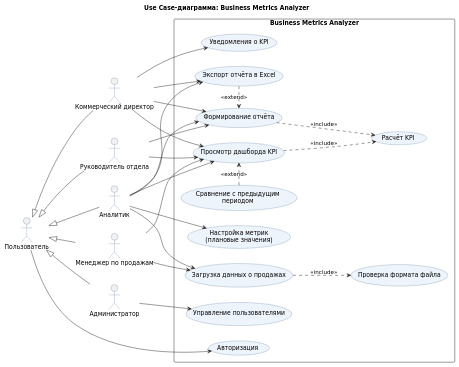
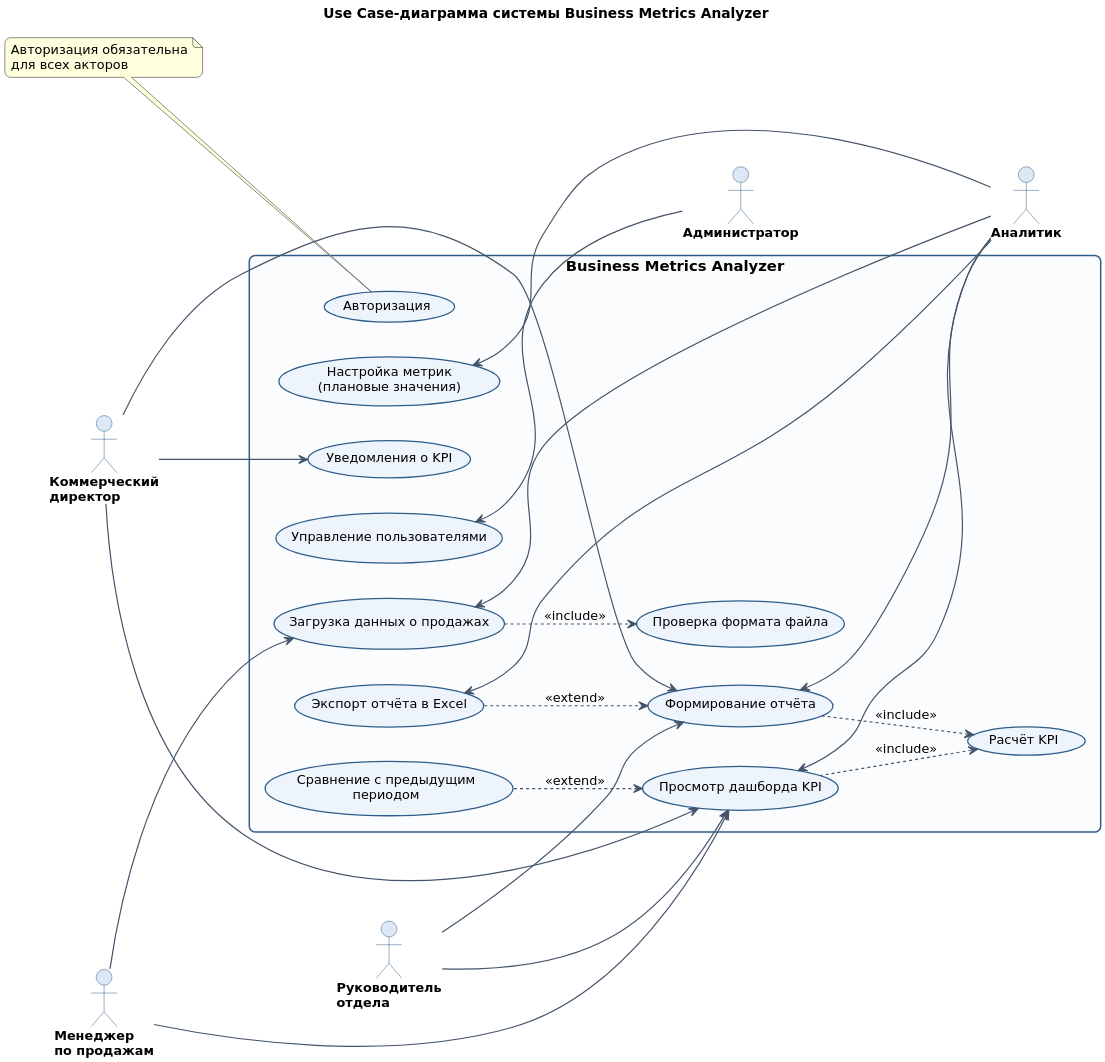
Before and after one commit to stanislaw584/business-metrics-analyzer: the diagram in docs/use_case_diagram.puml, drawn with PlantUML. The commit also changed 4 other files, not shown here.

Commit message:
Перерисована Use Case-диаграмма

```diff
--- a/docs/use_case_diagram.puml
+++ b/docs/use_case_diagram.puml
@@ -1,63 +1,74 @@
 @startuml
 left to right direction
+skinparam dpi 220
 skinparam defaultFontName "DejaVu Sans"
+skinparam defaultFontSize 13
 skinparam shadowing false
-skinparam packageStyle rectangle
+skinparam roundCorner 12
+skinparam ArrowColor #44546A
+skinparam ArrowThickness 1.2
+skinparam actor {
+  BorderColor #2F5D8A
+  BackgroundColor #DCE8F5
+  FontStyle bold
+}
 skinparam usecase {
   BackgroundColor #EEF4FB
   BorderColor #2F5D8A
+  BorderThickness 1.3
 }
-skinparam actorBorderColor #2F5D8A
+skinparam rectangle {
+  BorderColor #2F5D8A
+  BorderThickness 1.5
+  BackgroundColor #FBFCFE
+  FontStyle bold
+  FontSize 15
+}
 
-title Use Case-диаграмма: Business Metrics Analyzer
+title Use Case-диаграмма системы Business Metrics Analyzer
 
-actor "Пользователь" as U
-actor "Коммерческий директор" as CD
-actor "Руководитель отдела" as RO
-actor "Менеджер по продажам" as MP
+actor "Коммерческий\nдиректор" as CD
+actor "Руководитель\nотдела" as RO
+actor "Менеджер\nпо продажам" as MP
+
+rectangle "Business Metrics Analyzer" {
+  usecase "Уведомления о KPI" as UC8
+  usecase "Просмотр дашборда KPI" as UC1
+  usecase "Сравнение с предыдущим\nпериодом" as UC7
+  usecase "Расчёт KPI" as UCK
+  usecase "Формирование отчёта" as UC2
+  usecase "Экспорт отчёта в Excel" as UC4
+  usecase "Загрузка данных о продажах" as UC3
+  usecase "Проверка формата файла" as UCV
+  usecase "Настройка метрик\n(плановые значения)" as UC6
+  usecase "Управление пользователями" as UC5
+  usecase "Авторизация" as UC0
+}
+
 actor "Аналитик" as AN
 actor "Администратор" as AD
 
-U <|-- CD
-U <|-- RO
-U <|-- MP
-U <|-- AN
-U <|-- AD
-
-rectangle "Business Metrics Analyzer" {
-  usecase "Авторизация" as UC0
-  usecase "Просмотр дашборда KPI" as UC1
-  usecase "Сравнение с предыдущим\nпериодом" as UC7
-  usecase "Формирование отчёта" as UC2
-  usecase "Экспорт отчёта в Excel" as UC4
-  usecase "Расчёт KPI" as UCK
-  usecase "Загрузка данных о продажах" as UC3
-  usecase "Проверка формата файла" as UCV
-  usecase "Управление пользователями" as UC5
-  usecase "Настройка метрик\n(плановые значения)" as UC6
-  usecase "Уведомления о KPI" as UC8
-}
-
-U --> UC0
-
+CD --> UC8
 CD --> UC1
 CD --> UC2
-CD --> UC4
-CD --> UC8
 RO --> UC1
 RO --> UC2
 MP --> UC1
 MP --> UC3
-AN --> UC1
-AN --> UC2
-AN --> UC3
-AN --> UC4
-AN --> UC6
-AD --> UC5
+
+UC1 <-- AN
+UC2 <-- AN
+UC4 <-- AN
+UC3 <-- AN
+UC6 <-- AN
+UC5 <-- AD
 
 UC1 ..> UCK : <<include>>
 UC2 ..> UCK : <<include>>
 UC3 ..> UCV : <<include>>
-UC7 .> UC1 : <<extend>>
-UC4 .> UC2 : <<extend>>
+UC7 ..> UC1 : <<extend>>
+UC4 ..> UC2 : <<extend>>
+
+note "Авторизация обязательна\nдля всех акторов" as N0
+N0 .. UC0
 @enduml
```
